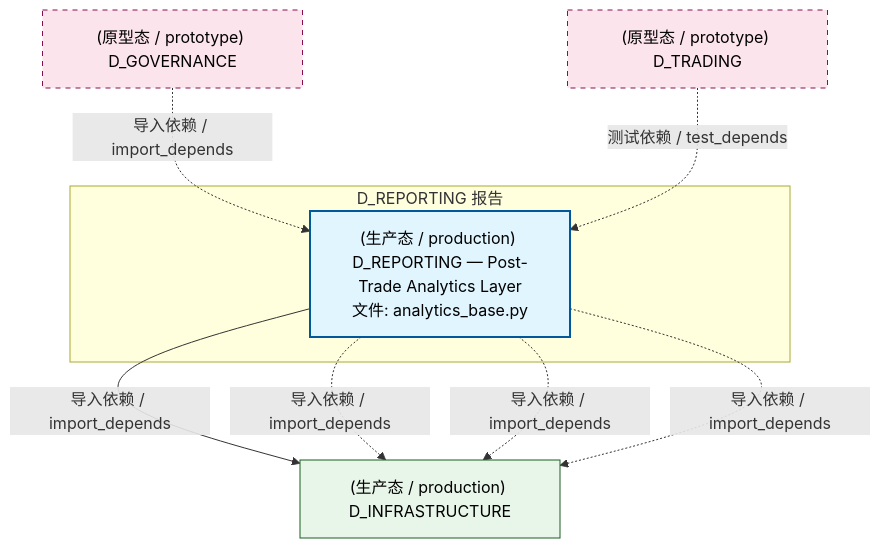
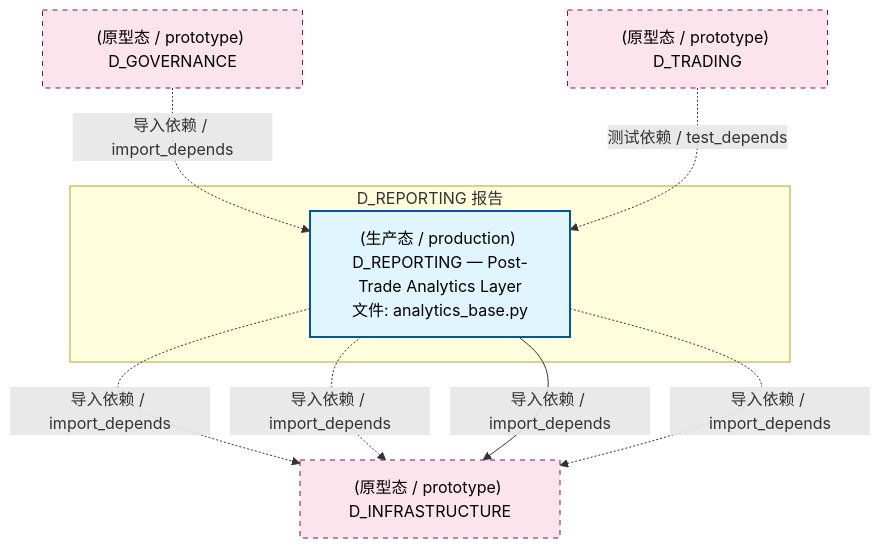
One commit to xuanFelixVan/ZephyrAlpha changed the second of 4 diagrams in docs/02_enterprise_architecture/02_domain_architecture_docs/23_d_reporting.md. Above: the diagram before and after it, drawn with Mermaid. The commit also changed other lines of this file and 126 other files, not shown here.

````diff
--- a/docs/02_enterprise_architecture/02_domain_architecture_docs/23_d_reporting.md
+++ b/docs/02_enterprise_architecture/02_domain_architecture_docs/23_d_reporting.md
@@ -121,22 +120,21 @@
 ```mermaid
 graph TD
     subgraph D_REPORTING["D_REPORTING 报告"]
         src_zephyr_reporting_analytics_base_py["(生产态 / production) D_REPORTING — Post-Trade Analytics Layer<br/>文件: analytics_base.py"]
     end
-    D_INFRASTRUCTURE["(生产态 / production) D_INFRASTRUCTURE"]
-    src_zephyr_reporting_analytics_base_py -->|导入依赖 / import_depends| D_INFRASTRUCTURE
+    D_INFRASTRUCTURE["(原型态 / prototype) D_INFRASTRUCTURE"]
     src_zephyr_reporting_analytics_base_py -.->|导入依赖 / import_depends| D_INFRASTRUCTURE
     src_zephyr_reporting_analytics_base_py -.->|导入依赖 / import_depends| D_INFRASTRUCTURE
+    src_zephyr_reporting_analytics_base_py -->|导入依赖 / import_depends| D_INFRASTRUCTURE
     src_zephyr_reporting_analytics_base_py -.->|导入依赖 / import_depends| D_INFRASTRUCTURE
     D_GOVERNANCE["(原型态 / prototype) D_GOVERNANCE"]
     D_GOVERNANCE -.->|导入依赖 / import_depends| src_zephyr_reporting_analytics_base_py
     D_TRADING["(原型态 / prototype) D_TRADING"]
     D_TRADING -.->|测试依赖 / test_depends| src_zephyr_reporting_analytics_base_py
     classDef production fill:#e1f5fe,stroke:#01579b,stroke-width:2px,color:#000
     classDef design fill:#fff3e0,stroke:#e65100,stroke-width:2px,color:#000,stroke-dasharray: 5 5
     classDef external_prod fill:#e8f5e9,stroke:#1b5e20,stroke-width:1px,color:#000
     classDef external_design fill:#fce4ec,stroke:#880e4f,stroke-width:1px,color:#000,stroke-dasharray: 5 5
     class src_zephyr_reporting_analytics_base_py production
-    class D_INFRASTRUCTURE external_prod
-    class D_GOVERNANCE,D_TRADING external_design
+    class D_INFRASTRUCTURE,D_GOVERNANCE,D_TRADING external_design
 ```
````
